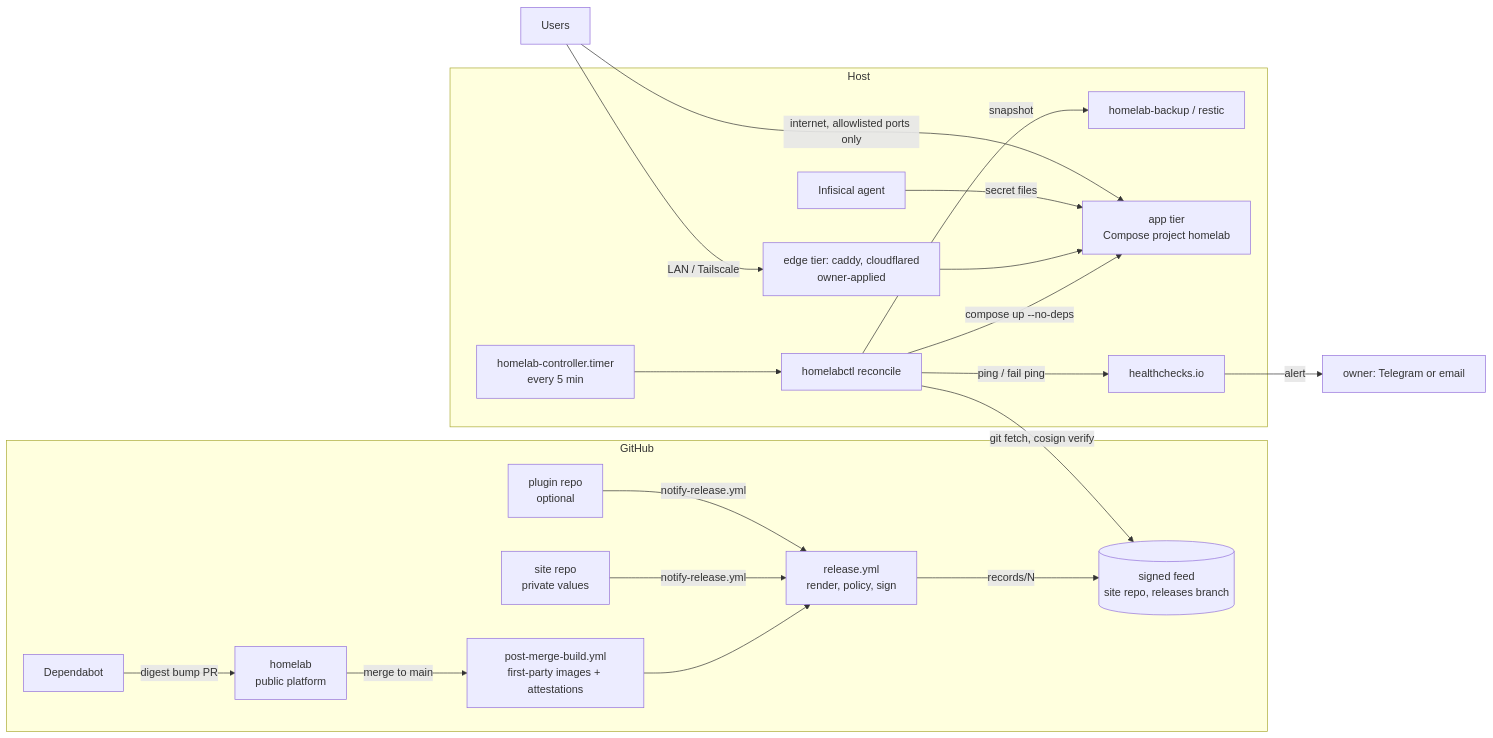
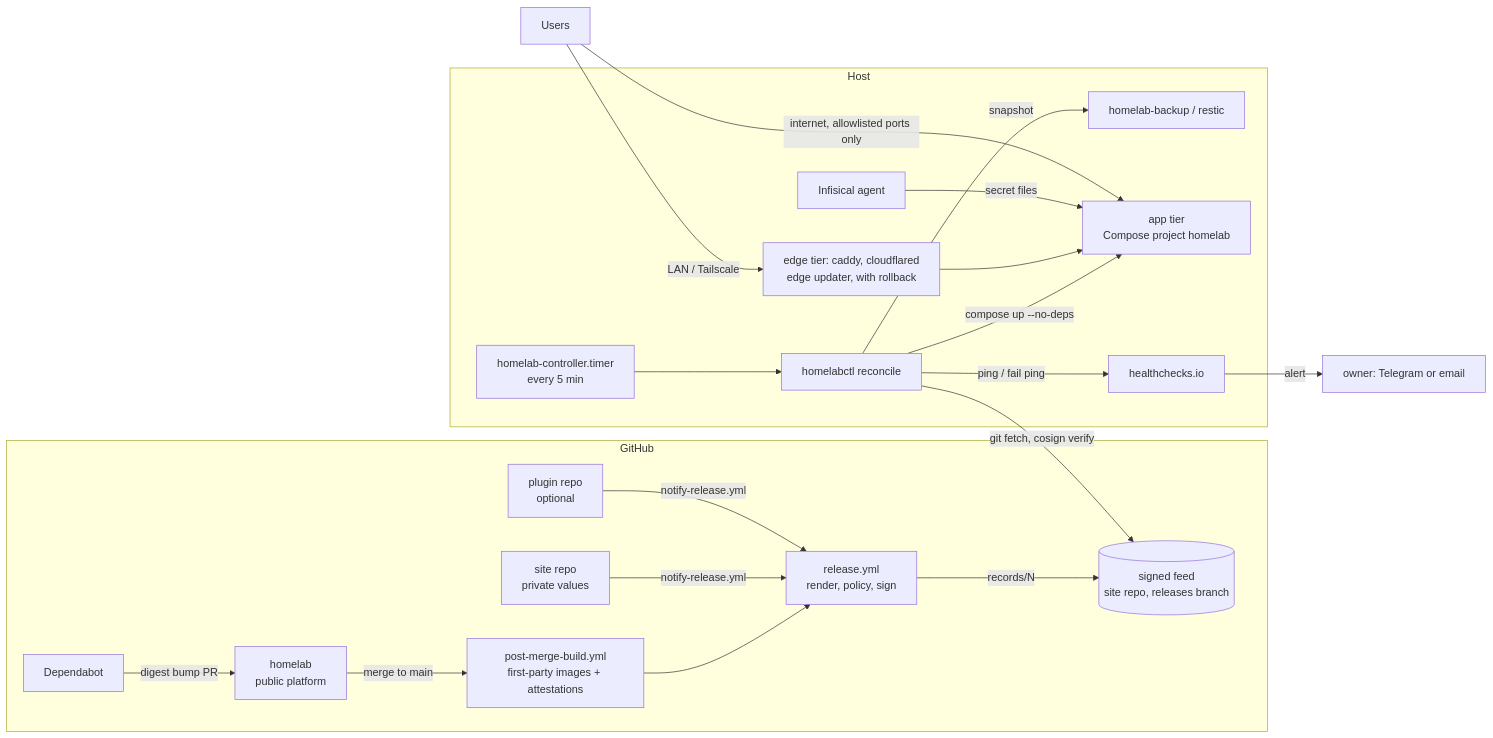
One commit to jon-robbins/homelab changed the diagram in docs/architecture/overview.md. Above: the diagram before and after it, drawn with Mermaid. The commit also changed other lines of this file and 11 other files, not shown here.

First line of the commit message:
feat: edge tier updates itself, with rollback (0016) (#84)

````diff
--- a/docs/architecture/overview.md
+++ b/docs/architecture/overview.md
@@ -16,23 +16,23 @@
 ```mermaid
 flowchart LR
   subgraph GitHub
     P[homelab<br/>public platform] -->|merge to main| B[post-merge-build.yml<br/>first-party images + attestations]
     B --> R[release.yml<br/>render, policy, sign]
     S[site repo<br/>private values] -->|notify-release.yml| R
     G[plugin repo<br/>optional] -->|notify-release.yml| R
     D[Dependabot] -->|digest bump PR| P
     R -->|records/N| F[(signed feed<br/>site repo, releases branch)]
   end
   subgraph Host
     T[homelab-controller.timer<br/>every 5 min] --> C[homelabctl reconcile]
     C -->|git fetch, cosign verify| F
     C -->|snapshot| K[homelab-backup / restic]
     C -->|compose up --no-deps| A[app tier<br/>Compose project homelab]
-    E[edge tier: caddy, cloudflared<br/>owner-applied] --> A
+    E[edge tier: caddy, cloudflared<br/>edge updater, with rollback] --> A
     I[Infisical agent] -->|secret files| A
     C -->|ping / fail ping| H[healthchecks.io]
   end
   H -->|alert| O[owner: Telegram or email]
   U[Users] -->|LAN / Tailscale| E
   U -->|internet, allowlisted ports only| A
 ```
````
